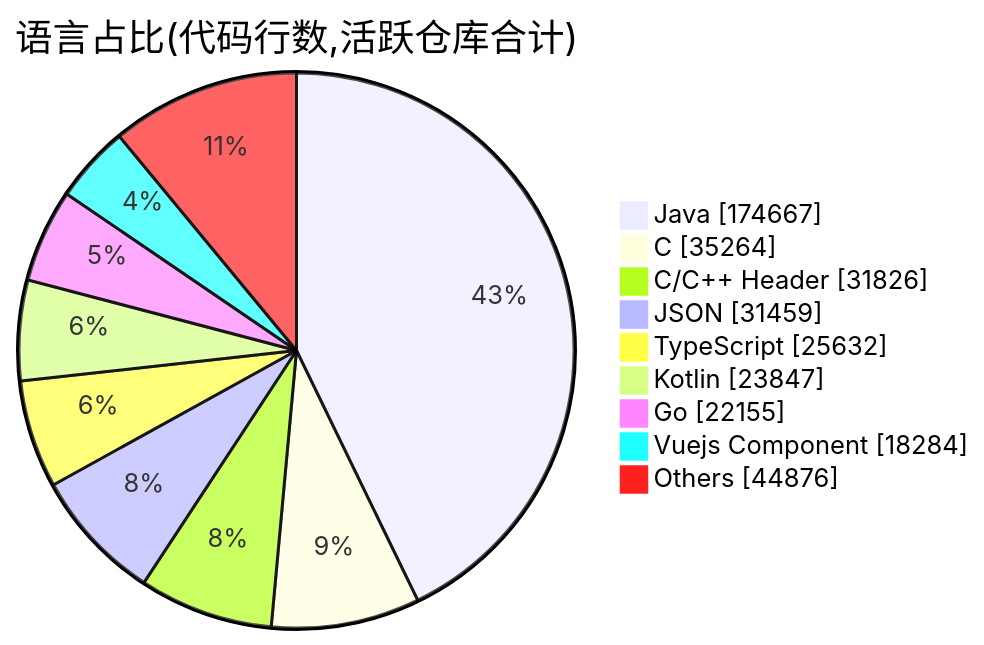
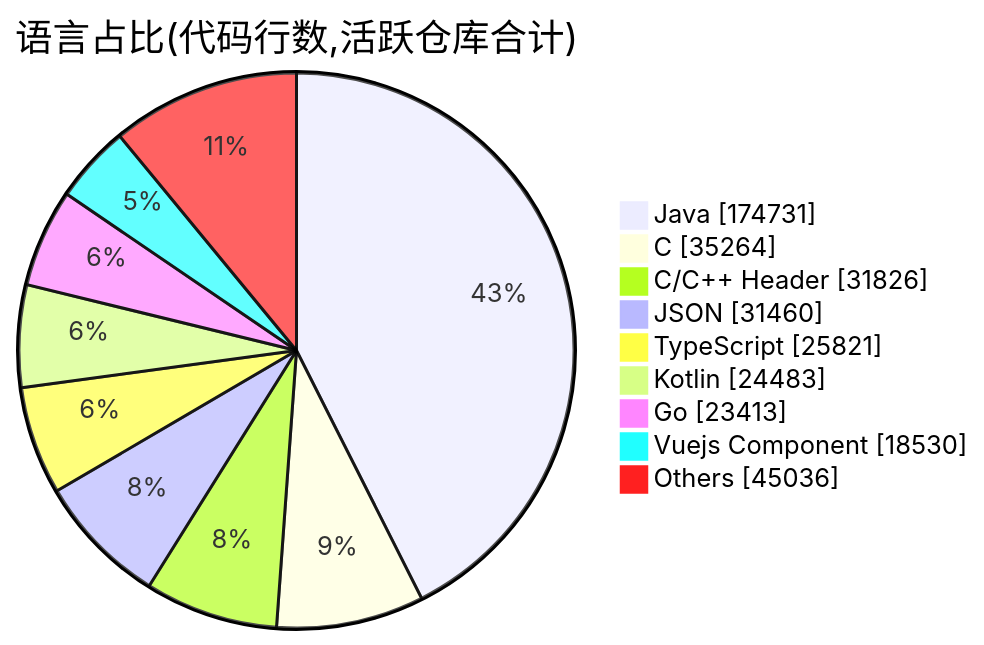
The second of 2 diagrams in profile/README.md (Conflux-Union/.github), drawn with Mermaid before and after one commit. The commit also changed other lines of this file and 1 other file, not shown here.

````diff
--- a/profile/README.md
+++ b/profile/README.md
@@ -83,13 +83,13 @@
 ```mermaid
 pie showData
     title 语言占比(代码行数,活跃仓库合计)
-    "Java" : 174667
+    "Java" : 174731
     "C" : 35264
     "C/C++ Header" : 31826
-    "JSON" : 31459
-    "TypeScript" : 25632
-    "Kotlin" : 23847
-    "Go" : 22155
-    "Vuejs Component" : 18284
-    "Others" : 44876
+    "JSON" : 31460
+    "TypeScript" : 25821
+    "Kotlin" : 24483
+    "Go" : 23413
+    "Vuejs Component" : 18530
+    "Others" : 45036
 ```
````
